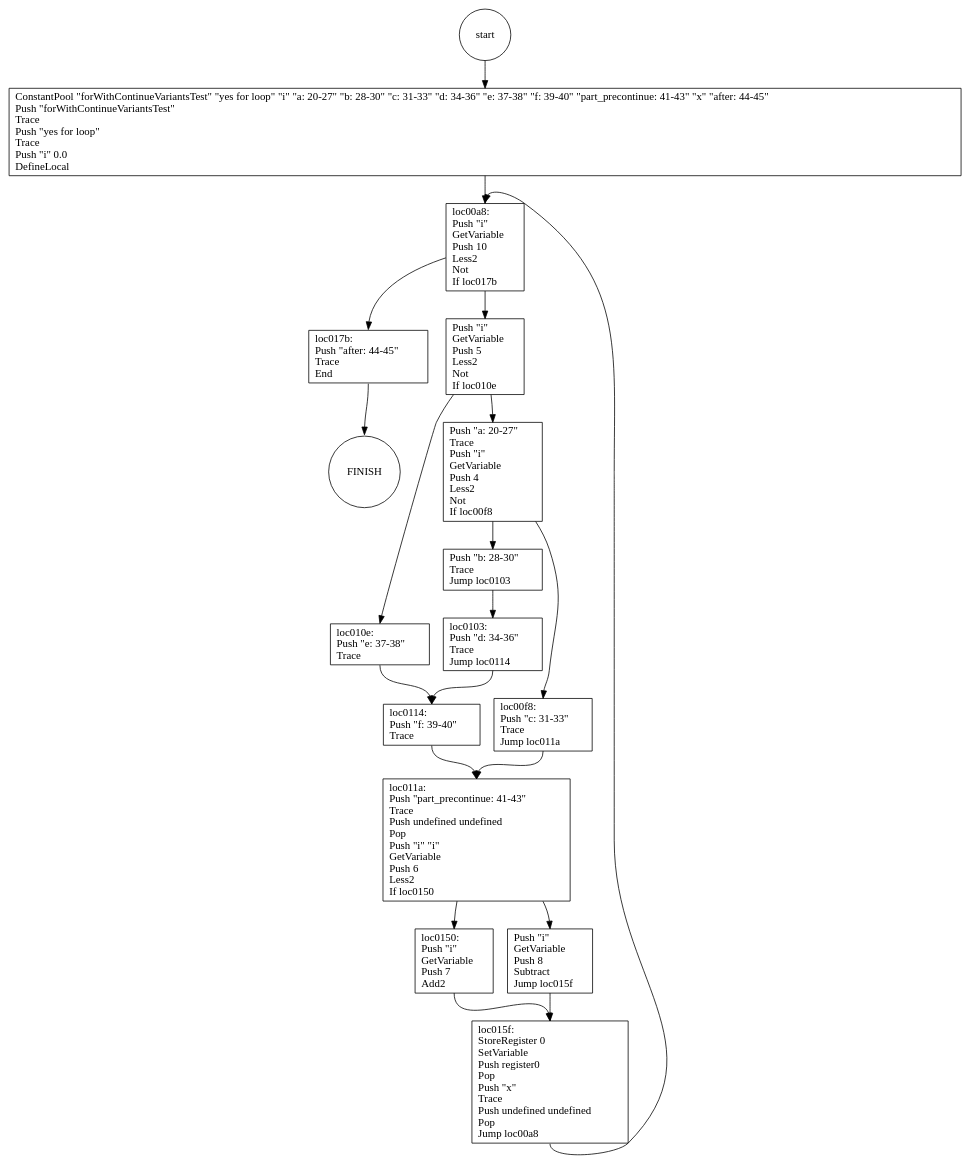
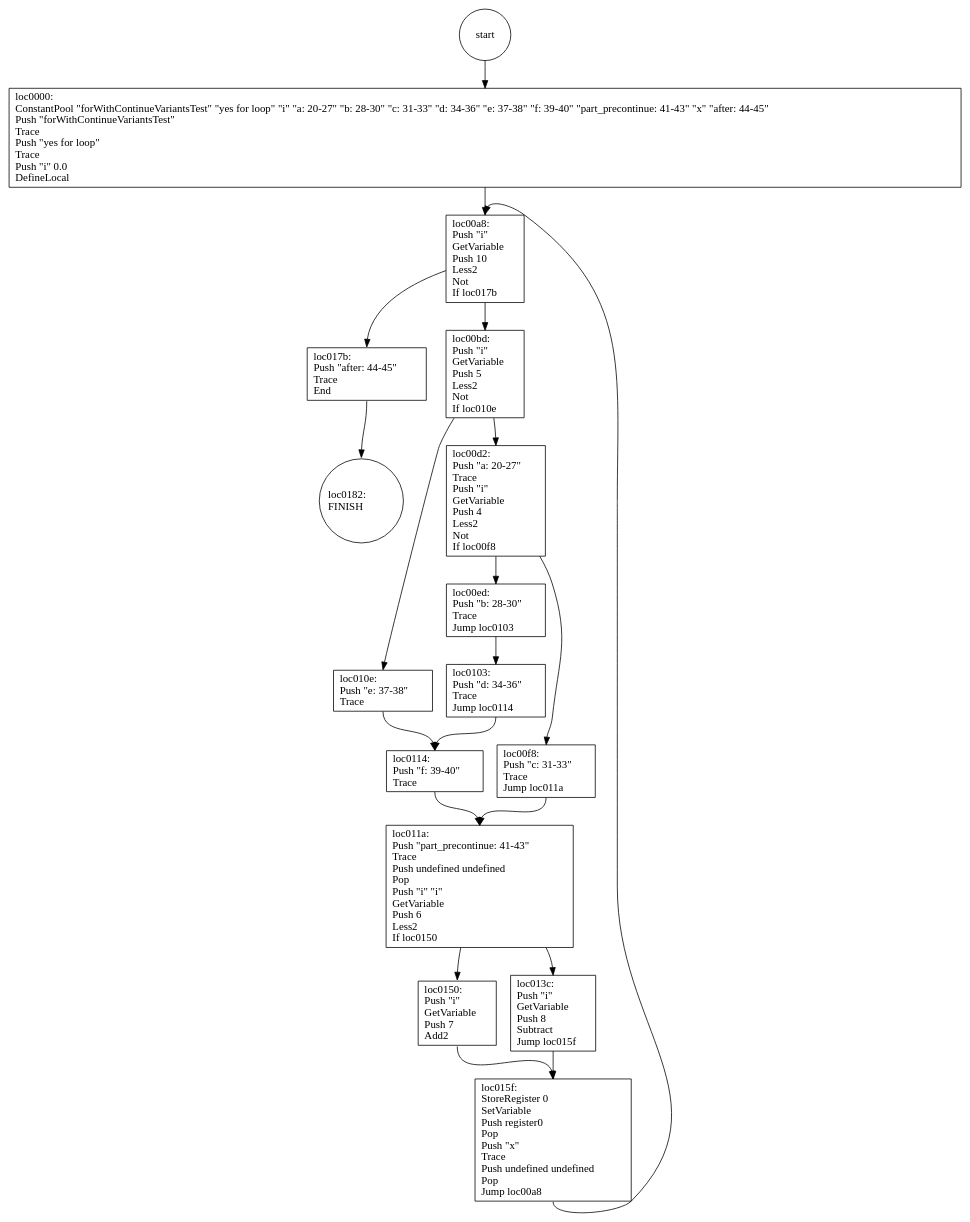
The diagram in graphs/forloop.gv (jindrapetrik/graphs), drawn with Graphviz before and after one commit. The commit also changed 9 other files, not shown here.

```diff
--- a/graphs/forloop.gv
+++ b/graphs/forloop.gv
@@ -1,37 +1,37 @@
 digraph pcode {
 start [shape="circle"]
 start:s -> loc0000:n;
 loc00a8 [shape="box" label="loc00a8:\lPush \"i\"\lGetVariable\lPush 10\lLess2\lNot\lIf loc017b\l"];
 loc00a8 -> loc017b:n;
 loc00a8 -> loc00bd:n;
 loc011a [shape="box" label="loc011a:\lPush \"part_precontinue: 41-43\"\lTrace\lPush undefined undefined\lPop\lPush \"i\" \"i\"\lGetVariable\lPush 6\lLess2\lIf loc0150\l"];
 loc011a -> loc0150:n;
 loc011a -> loc013c:n;
-loc00bd [shape="box" label="Push \"i\"\lGetVariable\lPush 5\lLess2\lNot\lIf loc010e\l"];
+loc00bd [shape="box" label="loc00bd:\lPush \"i\"\lGetVariable\lPush 5\lLess2\lNot\lIf loc010e\l"];
 loc00bd -> loc010e:n;
 loc00bd -> loc00d2:n;
-loc013c [shape="box" label="Push \"i\"\lGetVariable\lPush 8\lSubtract\lJump loc015f\l"];
+loc013c [shape="box" label="loc013c:\lPush \"i\"\lGetVariable\lPush 8\lSubtract\lJump loc015f\l"];
 loc013c:s -> loc015f:n;
-loc00d2 [shape="box" label="Push \"a: 20-27\"\lTrace\lPush \"i\"\lGetVariable\lPush 4\lLess2\lNot\lIf loc00f8\l"];
+loc00d2 [shape="box" label="loc00d2:\lPush \"a: 20-27\"\lTrace\lPush \"i\"\lGetVariable\lPush 4\lLess2\lNot\lIf loc00f8\l"];
 loc00d2 -> loc00f8:n;
 loc00d2 -> loc00ed:n;
 loc0150 [shape="box" label="loc0150:\lPush \"i\"\lGetVariable\lPush 7\lAdd2\l"];
 loc0150:s -> loc015f:n;
 loc015f [shape="box" label="loc015f:\lStoreRegister 0\lSetVariable\lPush register0\lPop\lPush \"x\"\lTrace\lPush undefined undefined\lPop\lJump loc00a8\l"];
 loc015f:s -> loc00a8:n;
-loc00ed [shape="box" label="Push \"b: 28-30\"\lTrace\lJump loc0103\l"];
+loc00ed [shape="box" label="loc00ed:\lPush \"b: 28-30\"\lTrace\lJump loc0103\l"];
 loc00ed:s -> loc0103:n;
 loc00f8 [shape="box" label="loc00f8:\lPush \"c: 31-33\"\lTrace\lJump loc011a\l"];
 loc00f8:s -> loc011a:n;
-loc0000 [shape="box" label="ConstantPool \"forWithContinueVariantsTest\" \"yes for loop\" \"i\" \"a: 20-27\" \"b: 28-30\" \"c: 31-33\" \"d: 34-36\" \"e: 37-38\" \"f: 39-40\" \"part_precontinue: 41-43\" \"x\" \"after: 44-45\"\lPush \"forWithContinueVariantsTest\"\lTrace\lPush \"yes for loop\"\lTrace\lPush \"i\" 0.0\lDefineLocal\l"];
+loc0000 [shape="box" label="loc0000:\lConstantPool \"forWithContinueVariantsTest\" \"yes for loop\" \"i\" \"a: 20-27\" \"b: 28-30\" \"c: 31-33\" \"d: 34-36\" \"e: 37-38\" \"f: 39-40\" \"part_precontinue: 41-43\" \"x\" \"after: 44-45\"\lPush \"forWithContinueVariantsTest\"\lTrace\lPush \"yes for loop\"\lTrace\lPush \"i\" 0.0\lDefineLocal\l"];
 loc0000:s -> loc00a8:n;
 loc0103 [shape="box" label="loc0103:\lPush \"d: 34-36\"\lTrace\lJump loc0114\l"];
 loc0103:s -> loc0114:n;
 loc017b [shape="box" label="loc017b:\lPush \"after: 44-45\"\lTrace\lEnd\l"];
 loc017b:s -> loc0182:n;
 loc010e [shape="box" label="loc010e:\lPush \"e: 37-38\"\lTrace\l"];
 loc010e:s -> loc0114:n;
-loc0182 [shape="circle" label="FINISH"];
+loc0182 [shape="circle" label="loc0182:\lFINISH\l"];
 loc0114 [shape="box" label="loc0114:\lPush \"f: 39-40\"\lTrace\l"];
 loc0114:s -> loc011a:n;
 }
```
